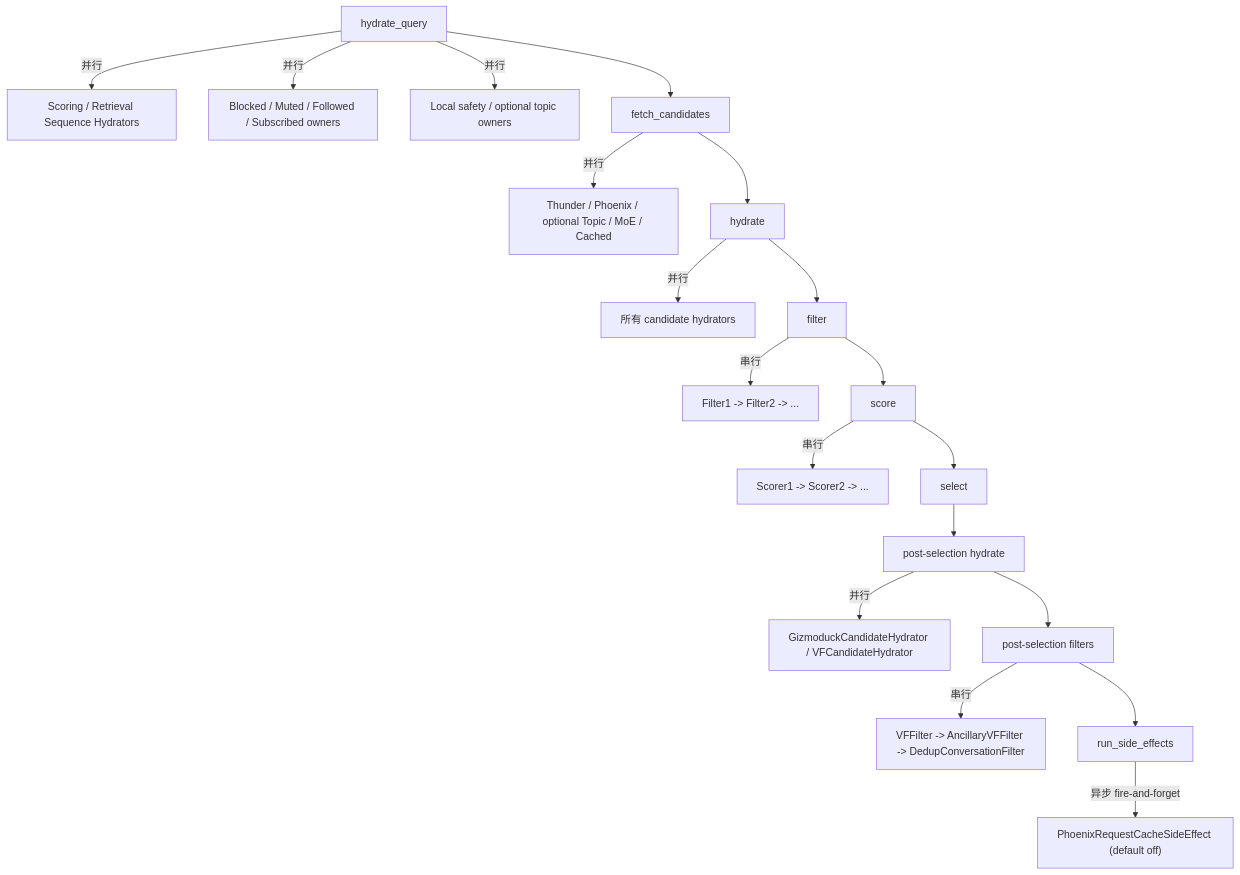
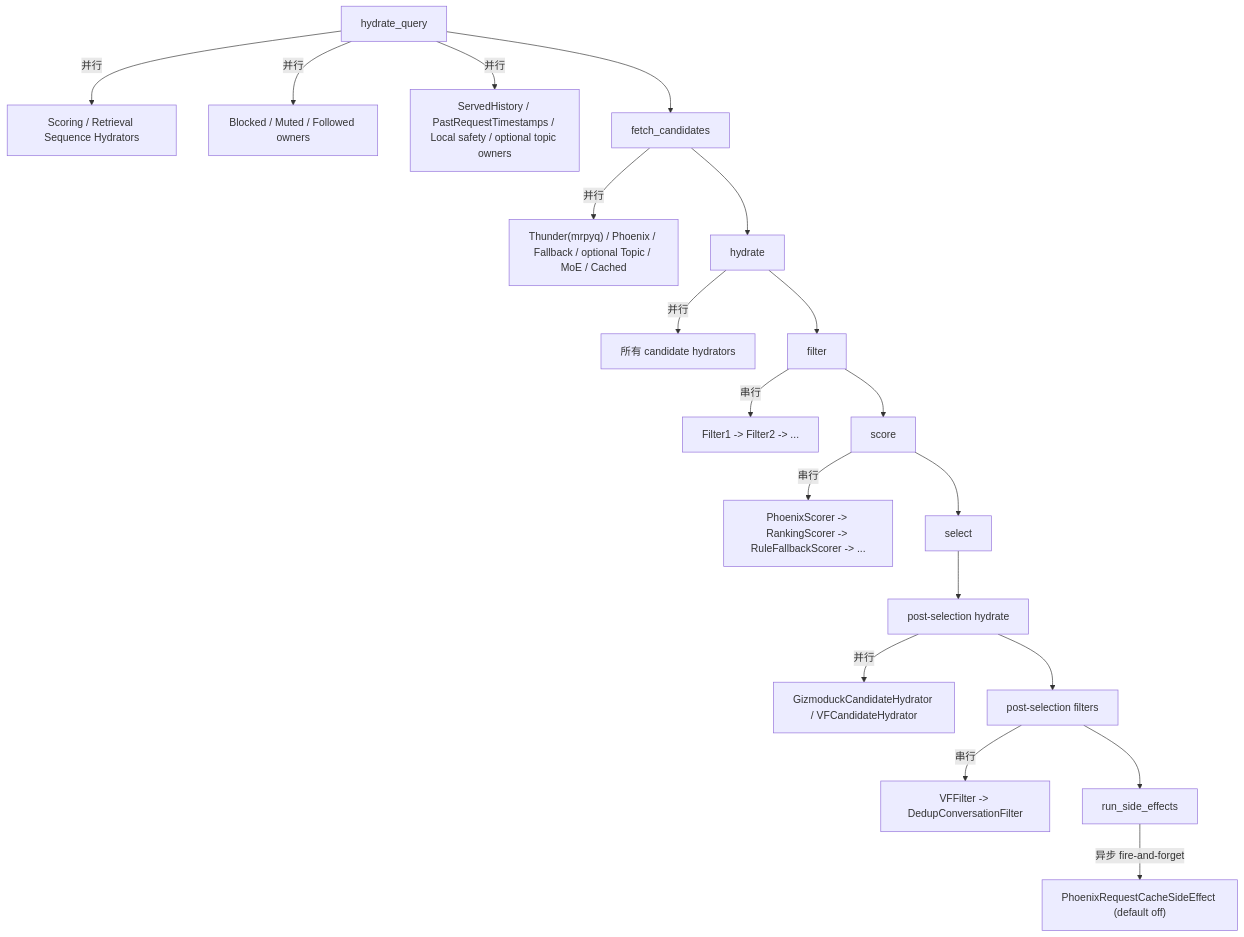
The third of 3 diagrams in docs/home-mixer/02-request-lifecycle.md (freefcw/x-algorithm), drawn with Mermaid before and after one commit. The commit also changed other lines of this file and 21 other files, not shown here.

````diff
--- a/docs/home-mixer/02-request-lifecycle.md
+++ b/docs/home-mixer/02-request-lifecycle.md
@@ -102,21 +102,21 @@
 ```mermaid
 flowchart TD
     A["hydrate_query"] -->|"并行"| A1["Scoring / Retrieval Sequence Hydrators"]
-    A -->|"并行"| A2["Blocked / Muted / Followed / Subscribed owners"]
-    A -->|"并行"| A3["Local safety / optional topic owners"]
+    A -->|"并行"| A2["Blocked / Muted / Followed owners"]
+    A -->|"并行"| A3["ServedHistory / PastRequestTimestamps / Local safety / optional topic owners"]
     A --> B["fetch_candidates"]
-    B -->|"并行"| B1["Thunder / Phoenix / optional Topic / MoE / Cached"]
+    B -->|"并行"| B1["Thunder(mrpyq) / Phoenix / Fallback / optional Topic / MoE / Cached"]
     B --> C["hydrate"]
     C -->|"并行"| C1["所有 candidate hydrators"]
     C --> D["filter"]
     D -->|"串行"| D1["Filter1 -> Filter2 -> ..."]
     D --> E["score"]
-    E -->|"串行"| E1["Scorer1 -> Scorer2 -> ..."]
+    E -->|"串行"| E1["PhoenixScorer -> RankingScorer -> RuleFallbackScorer -> ..."]
     E --> F["select"]
     F --> G["post-selection hydrate"]
     G -->|"并行"| G1["GizmoduckCandidateHydrator / VFCandidateHydrator"]
     G --> H["post-selection filters"]
-    H -->|"串行"| H1["VFFilter -> AncillaryVFFilter -> DedupConversationFilter"]
+    H -->|"串行"| H1["VFFilter -> DedupConversationFilter"]
     H --> I["run_side_effects"]
     I -->|"异步 fire-and-forget"| I1["PhoenixRequestCacheSideEffect (default off)"]
 ```
````
